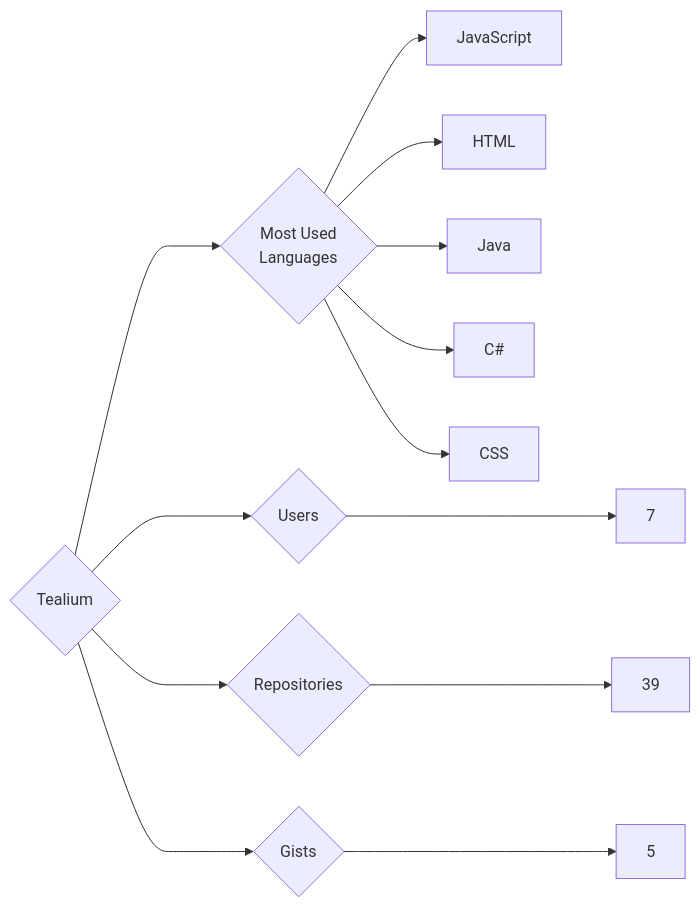
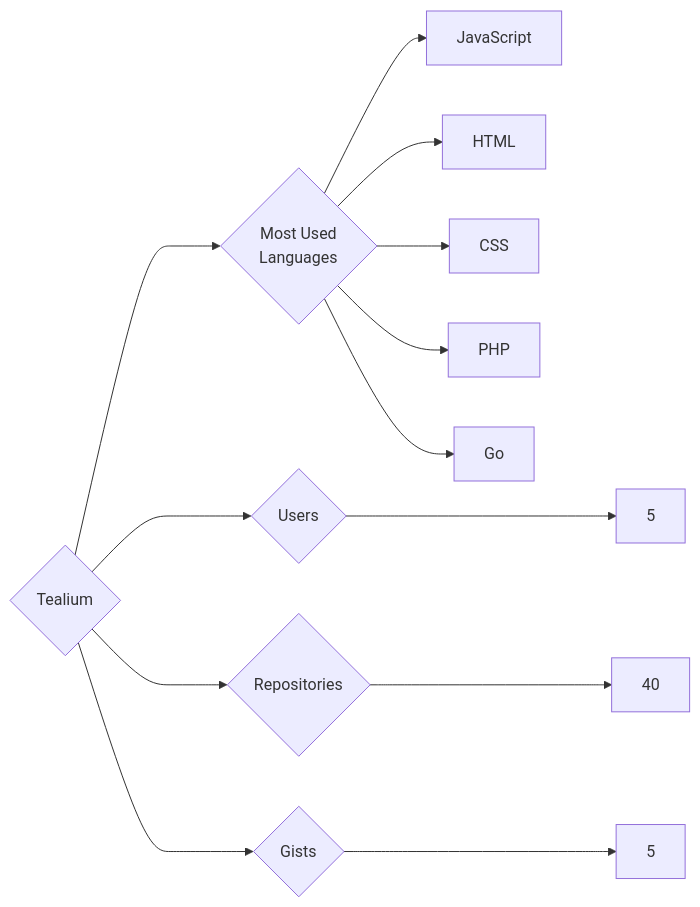
The diagram in targets/Tealium/README.md (trickest/insiders), drawn with Mermaid before and after one commit. The commit also changed 1248 other files, not shown here.

````diff
--- a/targets/Tealium/README.md
+++ b/targets/Tealium/README.md
@@ -3,13 +3,13 @@
 ```mermaid
 graph LR
 COMPANY_NAME{Tealium}
-COMPANY_NAME ---> U{Users} ---> UN[7]
-COMPANY_NAME ---> R{Repositories} ---> RN[39]
+COMPANY_NAME ---> U{Users} ---> UN[5]
+COMPANY_NAME ---> R{Repositories} ---> RN[40]
 COMPANY_NAME ---> G{Gists} ---> GN[5]
 COMPANY_NAME ---> ML{Most Used<br>Languages}
 ML --> JavaScript[JavaScript]
 ML --> HTML[HTML]
-ML --> Java[Java]
-ML --> C#[C#]
 ML --> CSS[CSS]
+ML --> PHP[PHP]
+ML --> Go[Go]
 ```
````
